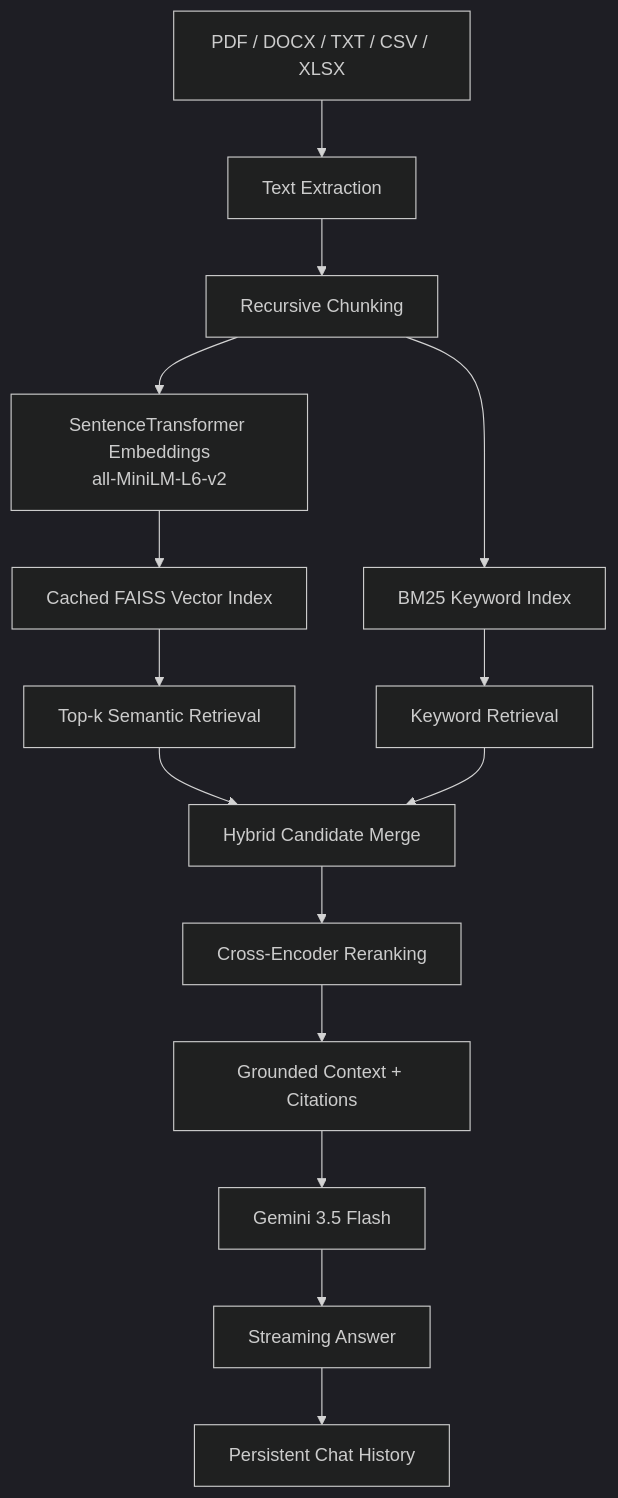
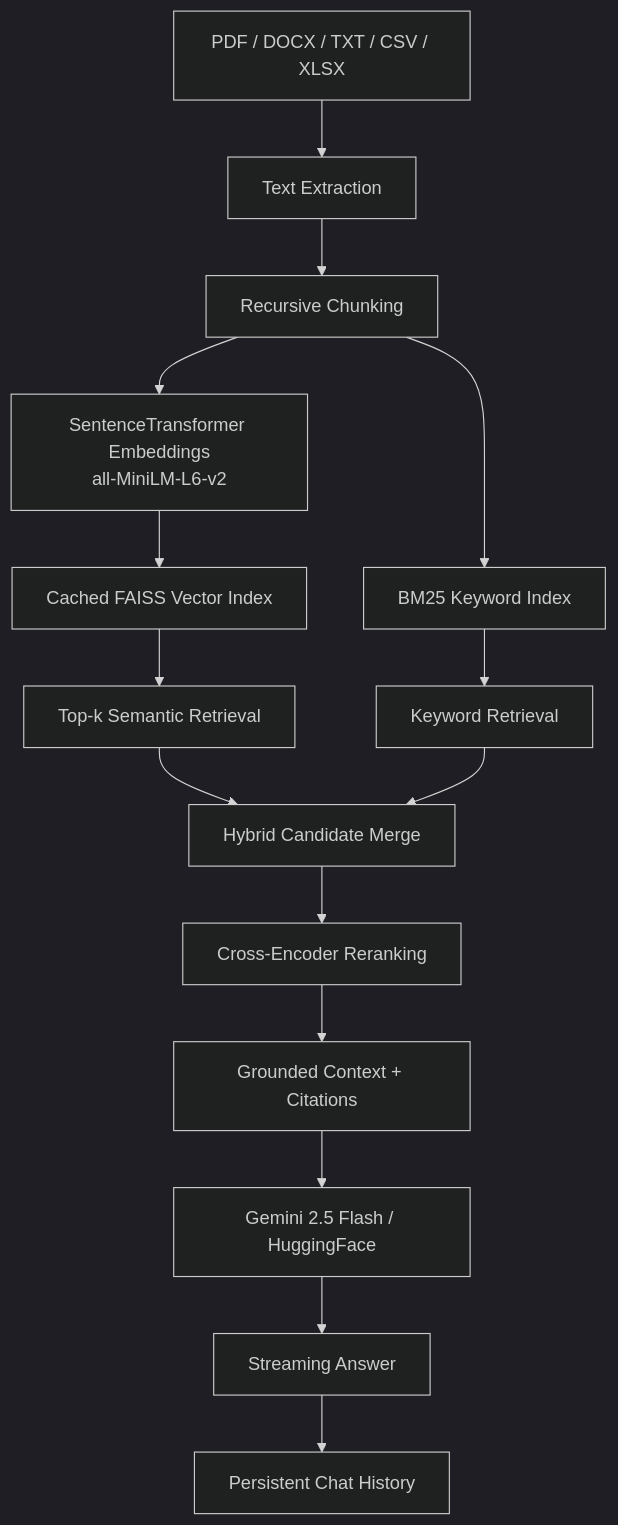
One commit to nsanjayrao/free-rag-chatbot changed the diagram in README.md. Above: the diagram before and after it, drawn with Mermaid (dark theme). The commit also changed other lines of this file and 4 other files, not shown here.

First line of the commit message:
feat: migrate to HuggingFace inference, redesign UI, improve retrieval pipeline

```diff
--- a/README.md
+++ b/README.md
@@ -30,17 +28,17 @@
 ~~~mermaid
 flowchart TD
     A[PDF / DOCX / TXT / CSV / XLSX] --> B[Text Extraction]
     B --> C[Recursive Chunking]
     C --> D[SentenceTransformer Embeddings<br/>all-MiniLM-L6-v2]
     D --> E[Cached FAISS Vector Index]
     C --> F[BM25 Keyword Index]
     E --> G[Top-k Semantic Retrieval]
     F --> H[Keyword Retrieval]
     G --> I[Hybrid Candidate Merge]
     H --> I
     I --> J[Cross-Encoder Reranking]
     J --> K[Grounded Context + Citations]
-    K --> L[Gemini 3.5 Flash]
+    K --> L[Gemini 2.5 Flash / HuggingFace]
     L --> M[Streaming Answer]
     M --> N[Persistent Chat History]
 ~~~
```
